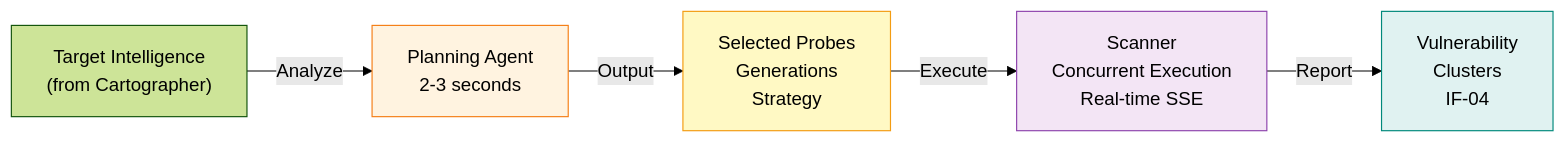
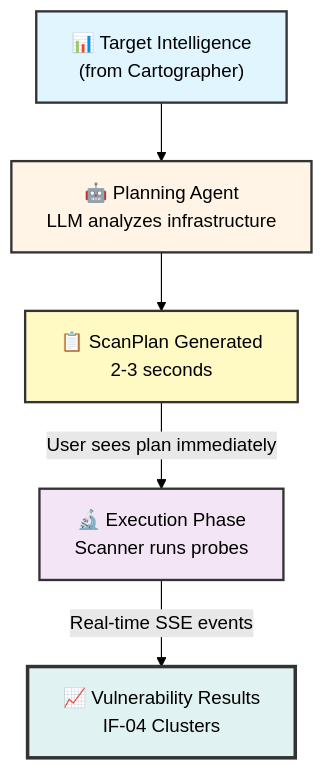
The third of 5 diagrams in README.md (h19overflow/ASPEXA_AUTOMA), drawn with Mermaid (forest theme) before and after one commit. The commit also changed other lines of this file and 3 other files, not shown here.

````diff
--- a/README.md
+++ b/README.md
@@ -91,18 +285,13 @@
 ```mermaid
-graph LR
-    Input["Target Intelligence<br/>(from Cartographer)"]
-    Plan["Planning Agent<br/>2-3 seconds"]
-    ScanPlan["Selected Probes<br/>Generations<br/>Strategy"]
-    Exec["Scanner<br/>Concurrent Execution<br/>Real-time SSE"]
-    Results["Vulnerability<br/>Clusters<br/>IF-04"]
+graph TB
+    Input["📊 Target Intelligence<br/>(from Cartographer)"] --> Planning["🤖 Planning Agent<br/>LLM analyzes infrastructure"]
+    Planning --> Plan["📋 ScanPlan Generated<br/>2-3 seconds"]
+    Plan -->|User sees plan immediately| Execution["🔬 Execution Phase<br/>Scanner runs probes"]
+    Execution -->|Real-time SSE events| Results["📈 Vulnerability Results<br/>IF-04 Clusters"]
 
-    Input -->|Analyze| Plan
-    Plan -->|Output| ScanPlan
-    ScanPlan -->|Execute| Exec
-    Exec -->|Report| Results
-
-    style Plan fill:#fff3e0,stroke:#f57f17
-    style ScanPlan fill:#fff9c4,stroke:#f39c12
-    style Exec fill:#f3e5f5,stroke:#8e44ad
-    style Results fill:#e0f2f1,stroke:#00897b
+    style Input fill:#e1f5ff,stroke:#333,stroke-width:2px,color:#000
+    style Planning fill:#fff4e6,stroke:#333,stroke-width:2px,color:#000
+    style Plan fill:#fff9c4,stroke:#333,stroke-width:2px,color:#000
+    style Execution fill:#f3e5f5,stroke:#333,stroke-width:2px,color:#000
+    style Results fill:#e0f2f1,stroke:#333,stroke-width:3px,color:#000
 ```
````
